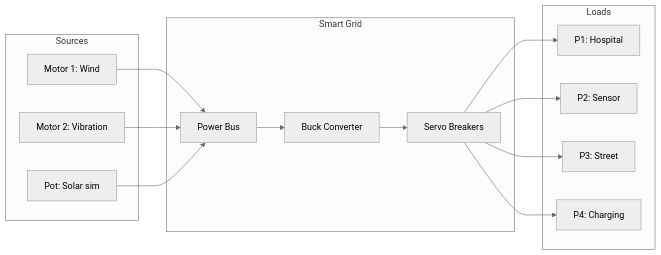
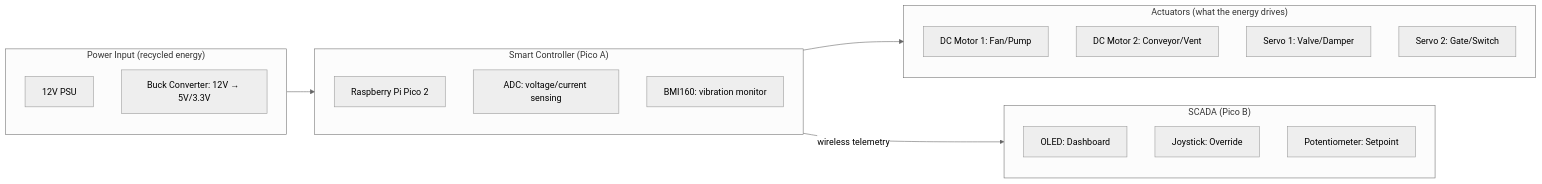
One commit to doyun-gu/hack-a-bot-2026 changed the second of 11 diagrams in docs/gridbox-proposal.md. Above: the diagram before and after it, drawn with Mermaid (neutral theme). The commit also changed other lines of this file, not shown here.

First line of the commit message:
Revise GridBox: power input assumed, motors as actuators

````diff
--- a/docs/gridbox-proposal.md
+++ b/docs/gridbox-proposal.md
@@ -80,30 +44,30 @@
 ```mermaid
 graph LR
-    subgraph SOURCES["Sources"]
-        S1[Motor 1: Wind]
-        S2[Motor 2: Vibration]
-        S3[Pot: Solar sim]
+    subgraph INPUT["Power Input (recycled energy)"]
+        PSU[12V PSU]
+        BUCK[Buck Converter: 12V → 5V/3.3V]
     end
 
-    subgraph GRID["Smart Grid"]
-        BUS[Power Bus]
-        BUCK[Buck Converter]
-        BREAKERS[Servo Breakers]
+    subgraph BRAIN["Smart Controller (Pico A)"]
+        PICO[Raspberry Pi Pico 2]
+        ADC[ADC: voltage/current sensing]
+        IMU[BMI160: vibration monitor]
     end
 
-    subgraph LOADS["Loads"]
-        L1[P1: Hospital]
-        L2[P2: Sensor]
-        L3[P3: Street]
-        L4[P4: Charging]
+    subgraph ACTUATORS["Actuators (what the energy drives)"]
+        M1[DC Motor 1: Fan/Pump]
+        M2[DC Motor 2: Conveyor/Vent]
+        S1[Servo 1: Valve/Damper]
+        S2[Servo 2: Gate/Switch]
     end
 
-    S1 --> BUS
-    S2 --> BUS
-    S3 --> BUS
-    BUS --> BUCK --> BREAKERS
-    BREAKERS --> L1
-    BREAKERS --> L2
-    BREAKERS --> L3
-    BREAKERS --> L4
+    subgraph MONITOR["SCADA (Pico B)"]
+        OLED[OLED: Dashboard]
+        JOY[Joystick: Override]
+        POT[Potentiometer: Setpoint]
+    end
+
+    INPUT --> BRAIN
+    BRAIN --> ACTUATORS
+    BRAIN -->|"wireless telemetry"| MONITOR
 ```
````
